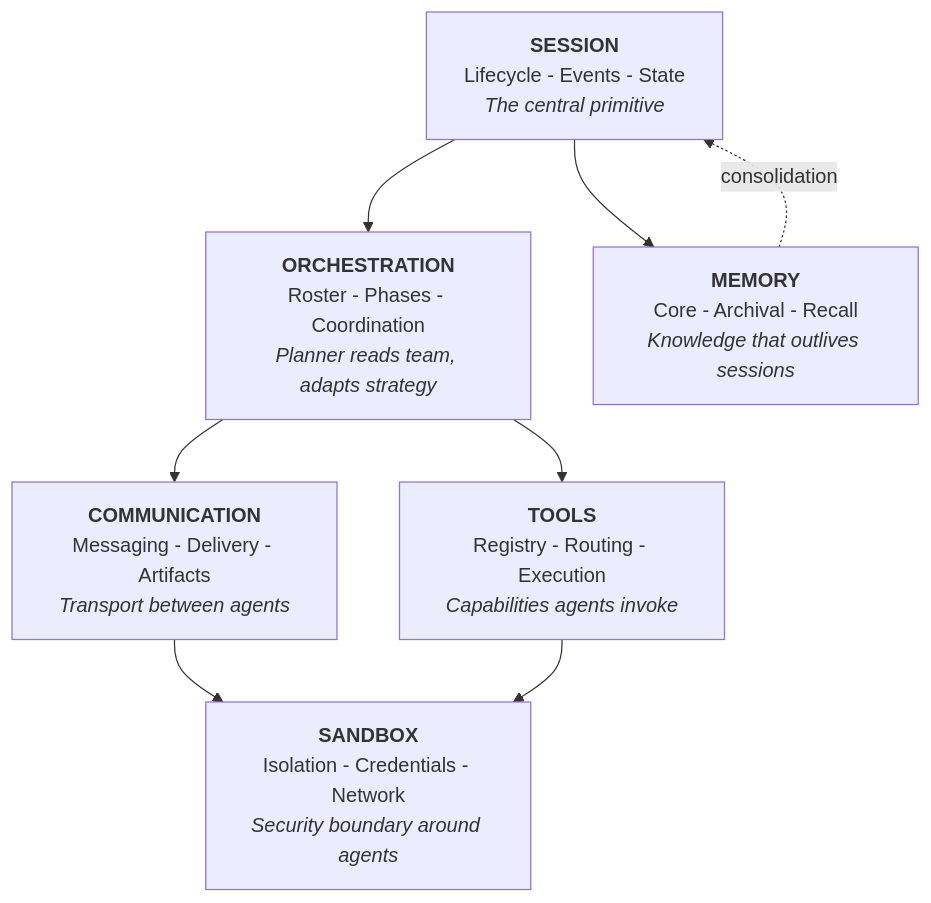
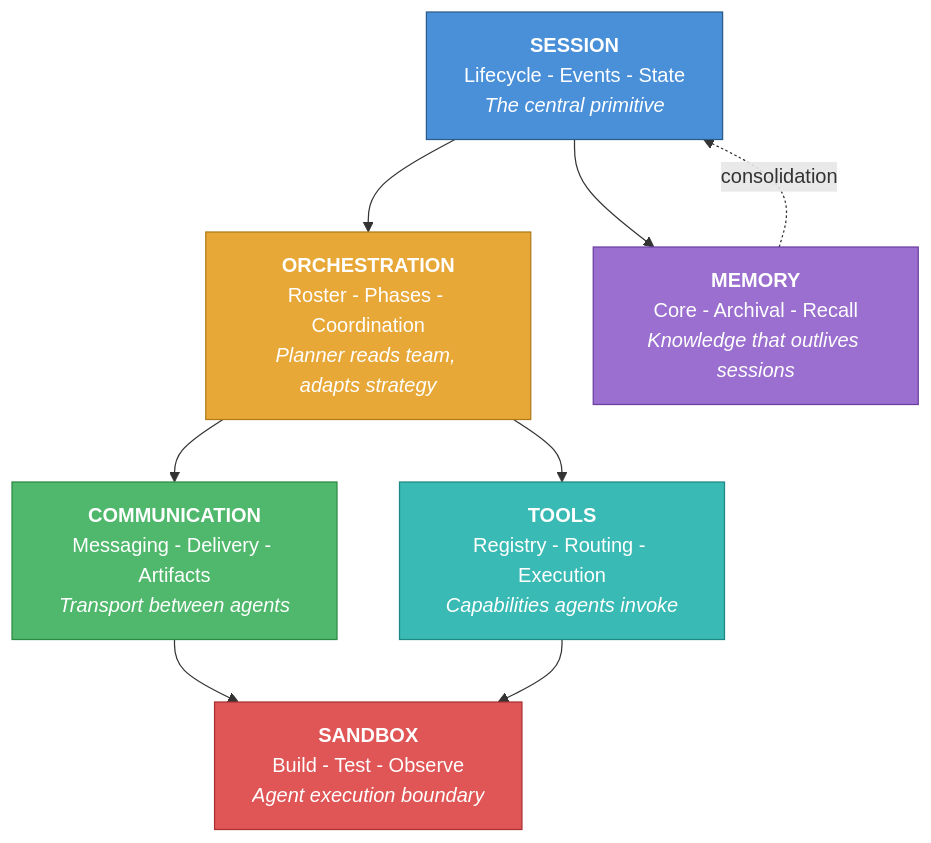
Before and after one commit to donovan-yohan/belayer: the first of 2 diagrams in docs/PHILOSOPHY.md, drawn with Mermaid. The commit also changed other lines of this file, not shown here.

First line of the commit message:
docs: color-code philosophy diagrams and reframe sandbox

````diff
--- a/docs/PHILOSOPHY.md
+++ b/docs/PHILOSOPHY.md
@@ -28,17 +28,24 @@
 ```mermaid
 flowchart TB
-    S["<b>SESSION</b><br/>Lifecycle - Events - State<br/><i>The central primitive</i>"]
-    O["<b>ORCHESTRATION</b><br/>Roster - Phases - Coordination<br/><i>Planner reads team, adapts strategy</i>"]
-    M["<b>MEMORY</b><br/>Core - Archival - Recall<br/><i>Knowledge that outlives sessions</i>"]
-    C["<b>COMMUNICATION</b><br/>Messaging - Delivery - Artifacts<br/><i>Transport between agents</i>"]
-    T["<b>TOOLS</b><br/>Registry - Routing - Execution<br/><i>Capabilities agents invoke</i>"]
-    SB["<b>SANDBOX</b><br/>Isolation - Credentials - Network<br/><i>Security boundary around agents</i>"]
+    S["<b>SESSION</b><br/>Lifecycle - Events - State<br/><i>The central primitive</i>"]:::session
+    O["<b>ORCHESTRATION</b><br/>Roster - Phases - Coordination<br/><i>Planner reads team, adapts strategy</i>"]:::orch
+    M["<b>MEMORY</b><br/>Core - Archival - Recall<br/><i>Knowledge that outlives sessions</i>"]:::memory
+    C["<b>COMMUNICATION</b><br/>Messaging - Delivery - Artifacts<br/><i>Transport between agents</i>"]:::comm
+    T["<b>TOOLS</b><br/>Registry - Routing - Execution<br/><i>Capabilities agents invoke</i>"]:::tools
+    SB["<b>SANDBOX</b><br/>Build - Test - Observe<br/><i>Agent execution boundary</i>"]:::sandbox
 
     S --> O
     S --> M
     O --> C
     O --> T
     C --> SB
     T --> SB
     M -.->|"consolidation"| S
+
+    classDef session fill:#4A90D9,stroke:#2E5C8A,color:#fff
+    classDef orch fill:#E8A838,stroke:#B07A1A,color:#fff
+    classDef comm fill:#50B86C,stroke:#2D8A45,color:#fff
+    classDef sandbox fill:#E05555,stroke:#A83232,color:#fff
+    classDef memory fill:#9B6FCF,stroke:#6B3FA0,color:#fff
+    classDef tools fill:#3ABAB4,stroke:#1F8A85,color:#fff
 ```
````
